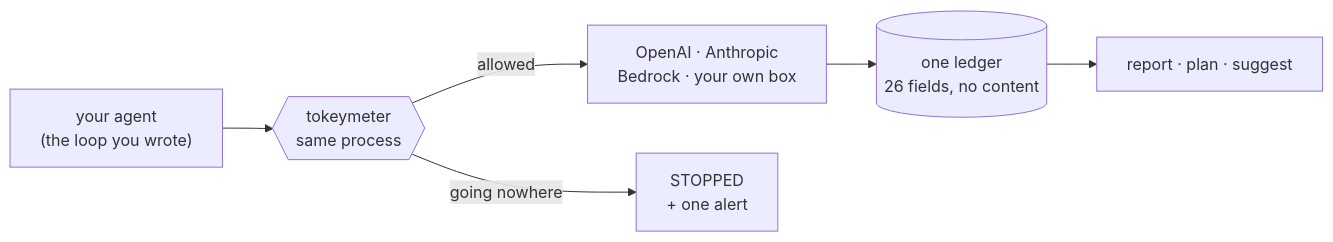
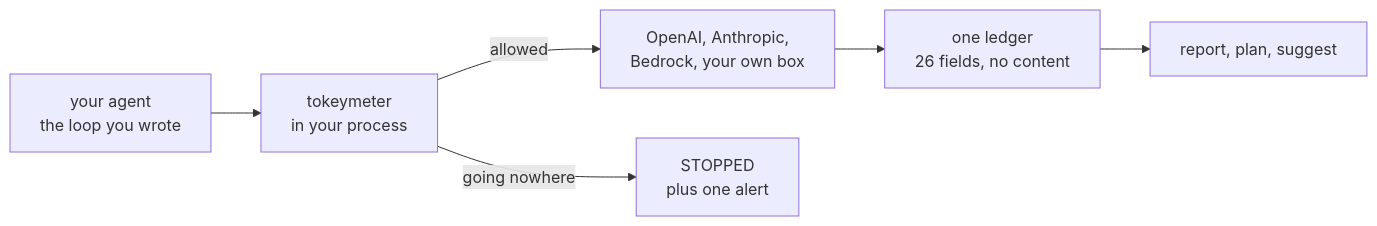
One commit to NOVUE-ai/Tokeymeter changed the diagram in README.md. Above: the diagram before and after it, drawn with Mermaid.

Commit message:
Fix the architecture diagram: GitHub could not parse the exotic node shapes

````diff
--- a/README.md
+++ b/README.md
@@ -224,8 +224,8 @@
 ```mermaid
 flowchart LR
-    A["your agent<br/>(the loop you wrote)"] --> B{{tokeymeter<br/>same process}}
-    B -->|allowed| C["OpenAI · Anthropic<br/>Bedrock · your own box"]
-    B -->|"going nowhere"| D["STOPPED<br/>+ one alert"]
-    C --> E[("one ledger<br/>26 fields, no content")]
-    E --> F["report · plan · suggest"]
+    A["your agent<br/>the loop you wrote"] --> B["tokeymeter<br/>in your process"]
+    B -->|"allowed"| C["OpenAI, Anthropic,<br/>Bedrock, your own box"]
+    B -->|"going nowhere"| D["STOPPED<br/>plus one alert"]
+    C --> E["one ledger<br/>26 fields, no content"]
+    E --> F["report, plan, suggest"]
 ```
````
